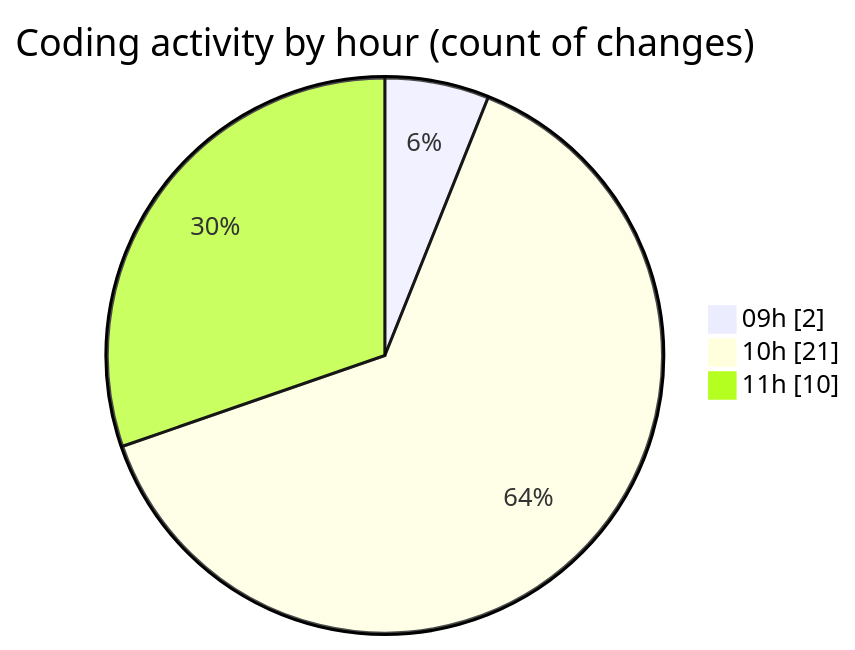
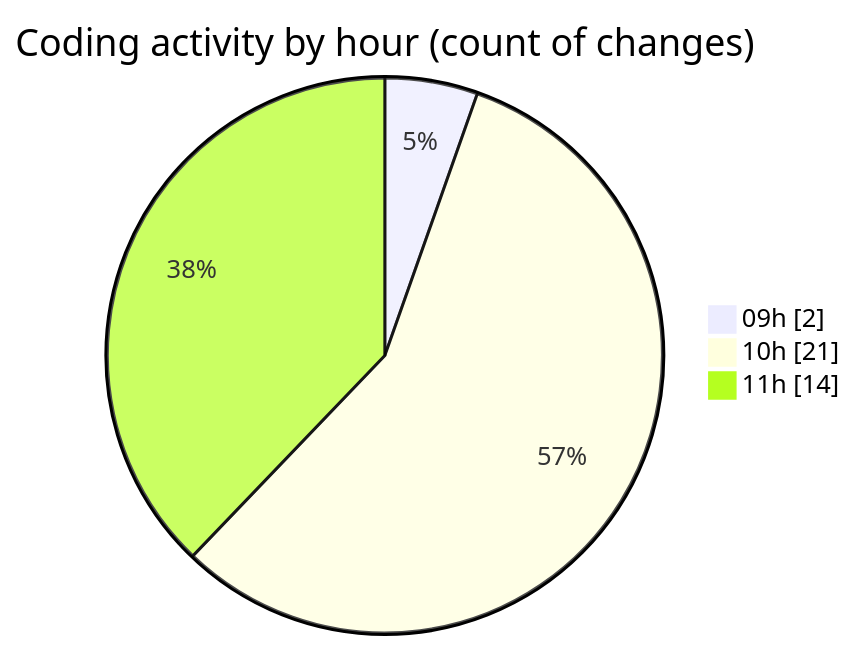
One commit to LanceThiago/code-tracking changed the second of 2 diagrams in 2025-03-27/kml/README.md. Above: the diagram before and after it, drawn with Mermaid. The commit also changed other lines of this file and 1 other file, not shown here.

````diff
--- a/2025-03-27/kml/README.md
+++ b/2025-03-27/kml/README.md
@@ -40,7 +40,7 @@
 ```mermaid
 pie showData
 title Coding activity by hour (count of changes)
 "09h" : 2
 "10h" : 21
-"11h" : 10
+"11h" : 14
 ```
````
